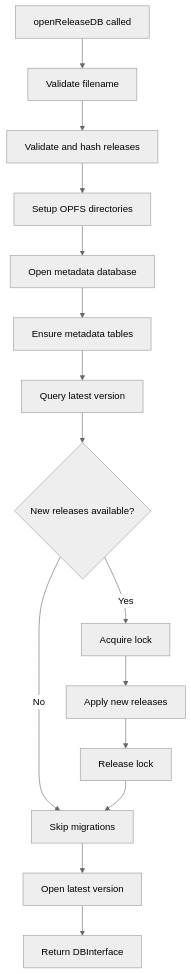
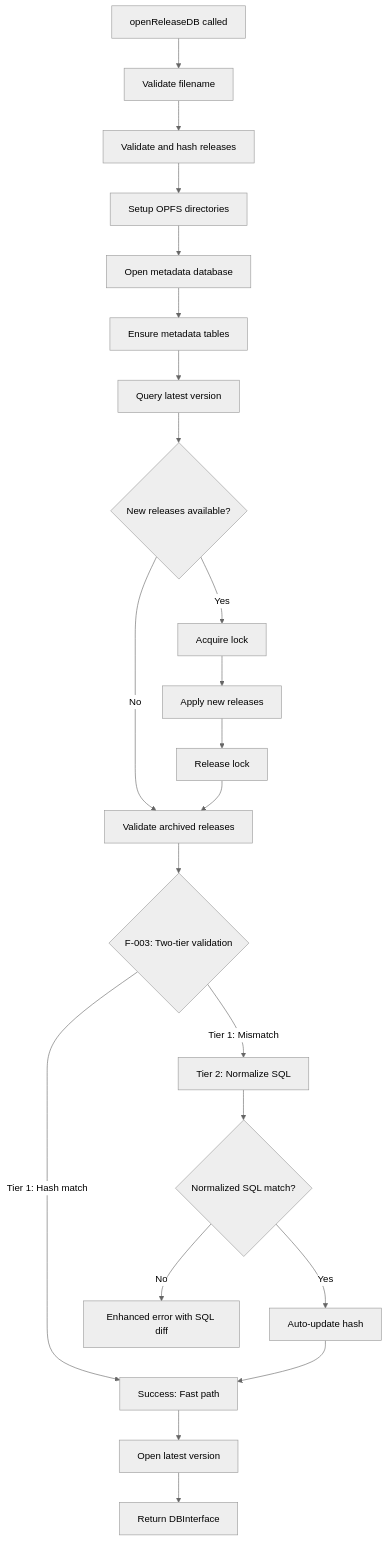
Before and after one commit to wuchuheng/web-sqlite-js: the first of 8 diagrams in agent-docs/05-design/03-modules/release-management.md, drawn with Mermaid (neutral theme). The commit also changed other lines of this file and 52 other files, not shown here.

First line of the commit message:
feat(release): implement two-tier SQL validation for hash mismatch detection

````diff
--- a/agent-docs/05-design/03-modules/release-management.md
+++ b/agent-docs/05-design/03-modules/release-management.md
@@ -63,17 +78,24 @@
 ```mermaid
 flowchart TD
     A[openReleaseDB called] --> B[Validate filename]
     B --> C[Validate and hash releases]
     C --> D[Setup OPFS directories]
     D --> E[Open metadata database]
     E --> F[Ensure metadata tables]
     F --> G[Query latest version]
     G --> H{New releases available?}
     H -->|Yes| I[Acquire lock]
     I --> J[Apply new releases]
     J --> K[Release lock]
-    H -->|No| L[Skip migrations]
+    H -->|No| L[Validate archived releases]
     K --> L
-    L --> M[Open latest version]
-    M --> N[Return DBInterface]
+    L --> M{F-003: Two-tier validation}
+    M -->|Tier 1: Hash match| N[Success: Fast path]
+    M -->|Tier 1: Mismatch| O[Tier 2: Normalize SQL]
+    O --> P{Normalized SQL match?}
+    P -->|Yes| Q[Auto-update hash]
+    P -->|No| R[Enhanced error with SQL diff]
+    Q --> N
+    N --> S[Open latest version]
+    S --> T[Return DBInterface]
 ```
````
